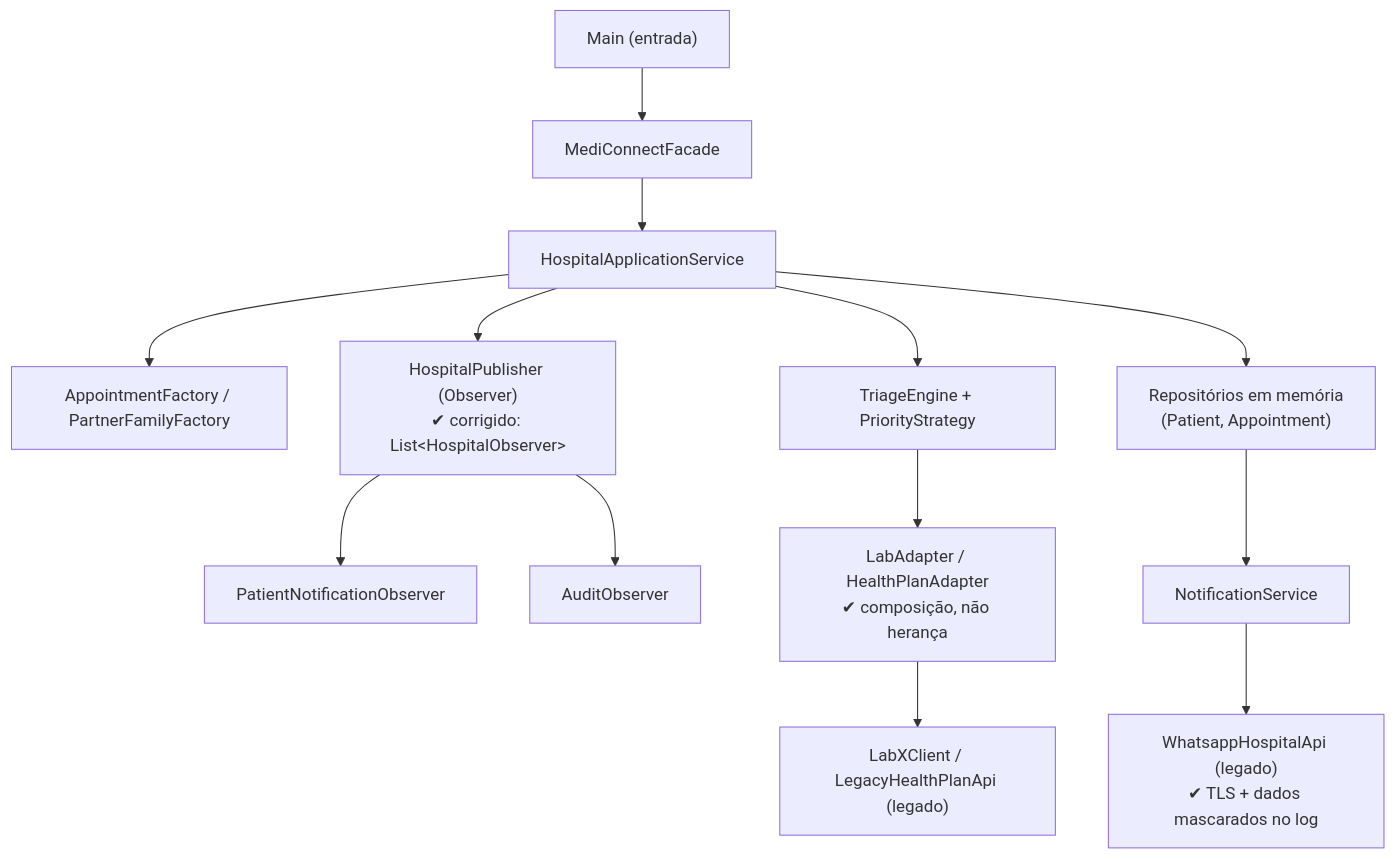
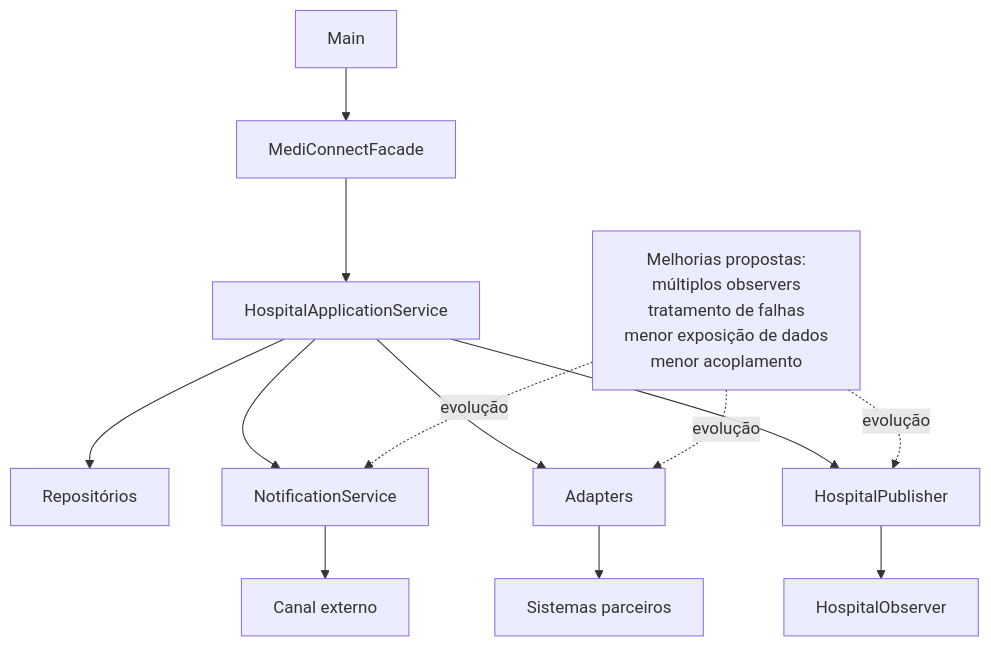
Before and after one commit to Joao-Gabriel-G-Costa/Projeto-Hospital: the second of 2 diagrams in MediConnect_Projeto_Aluno/MediConnect_Projeto_Aluno/docs/Entrega_Aula6/README-Aula06.md, drawn with Mermaid. The commit also changed other lines of this file and 11 other files, not shown here.

````diff
--- a/MediConnect_Projeto_Aluno/MediConnect_Projeto_Aluno/docs/Entrega_Aula6/README-Aula06.md
+++ b/MediConnect_Projeto_Aluno/MediConnect_Projeto_Aluno/docs/Entrega_Aula6/README-Aula06.md
@@ -164,15 +350,27 @@
 ```mermaid
 flowchart TD
-    Main["Main (entrada)"] --> Facade["MediConnectFacade"]
+
+    Main["Main"] --> Facade["MediConnectFacade"]
+
     Facade --> Service["HospitalApplicationService"]
-    Service --> Factory["AppointmentFactory / PartnerFamilyFactory"]
-    Service --> Strategy["TriageEngine + PriorityStrategy"]
-    Service --> Repo["Repositórios em memória\n(Patient, Appointment)"]
-    Service --> Publisher["HospitalPublisher (Observer)\n✔ corrigido: List&lt;HospitalObserver&gt;"]
-    Publisher --> PatientObs["PatientNotificationObserver"]
-    Publisher --> AuditObs["AuditObserver"]
-    Repo --> Notif["NotificationService"]
-    Notif --> WA["WhatsappHospitalApi (legado)\n✔ TLS + dados mascarados no log"]
-    Strategy --> Adapter["LabAdapter / HealthPlanAdapter\n✔ composição, não herança"]
-    Adapter --> Legacy["LabXClient / LegacyHealthPlanApi (legado)"]
+
+    Service --> Repo["Repositórios"]
+    Service --> Notification["NotificationService"]
+    Service --> Adapters["Adapters"]
+    Service --> Publisher["HospitalPublisher"]
+
+    Publisher --> Observers["HospitalObserver"]
+
+    Notification --> ExternalNotification["Canal externo"]
+    Adapters --> ExternalSystems["Sistemas parceiros"]
+
+    Improvements["Melhorias propostas:
+    múltiplos observers
+    tratamento de falhas
+    menor exposição de dados
+    menor acoplamento"]
+
+    Improvements -. evolução .-> Publisher
+    Improvements -. evolução .-> Notification
+    Improvements -. evolução .-> Adapters
 ```
````
